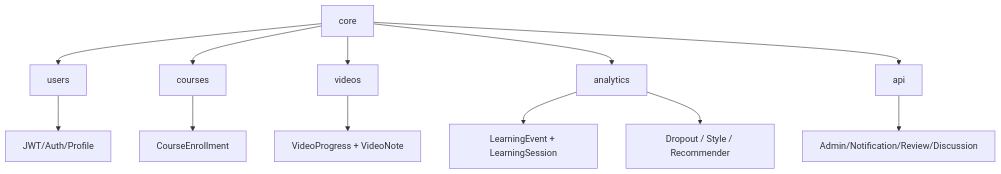
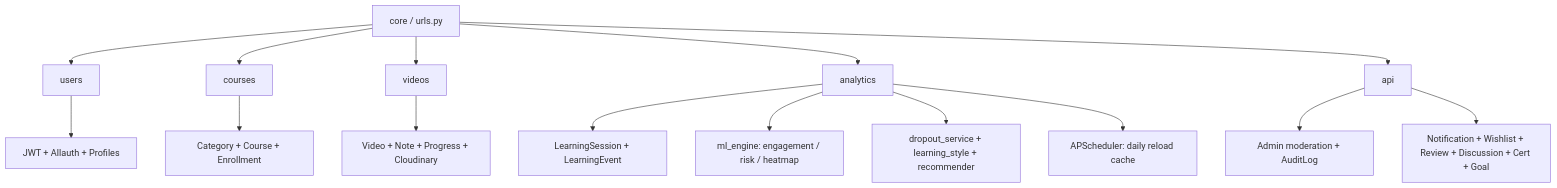
Before and after one commit to coderiukl/rt-video-learning-analytics: the second of 19 diagrams in README.md, drawn with Mermaid. The commit also changed other lines of this file, not shown here.

````diff
--- a/README.md
+++ b/README.md
@@ -245,15 +303,18 @@
 ```mermaid
 flowchart TB
-    Core[core] --> Users[users]
+    Core[core / urls.py] --> Users[users]
     Core --> Courses[courses]
     Core --> Videos[videos]
     Core --> Analytics[analytics]
     Core --> API[api]
 
-    Users --> Auth[JWT/Auth/Profile]
-    Courses --> Enrollment[CourseEnrollment]
-    Videos --> Progress[VideoProgress + VideoNote]
-    Analytics --> Events[LearningEvent + LearningSession]
-    Analytics --> ML[Dropout / Style / Recommender]
-    API --> Admin[Admin/Notification/Review/Discussion]
+    Users --> Auth[JWT + Allauth + Profiles]
+    Courses --> Enroll[Category + Course + Enrollment]
+    Videos --> VP[Video + Note + Progress + Cloudinary]
+    Analytics --> Event[LearningSession + LearningEvent]
+    Analytics --> Engine[ml_engine: engagement / risk / heatmap]
+    Analytics --> Serve[dropout_service + learning_style + recommender]
+    Analytics --> Sched[APScheduler: daily reload cache]
+    API --> Admin[Admin moderation + AuditLog]
+    API --> Notify[Notification + Wishlist + Review + Discussion + Cert + Goal]
 ```
````
